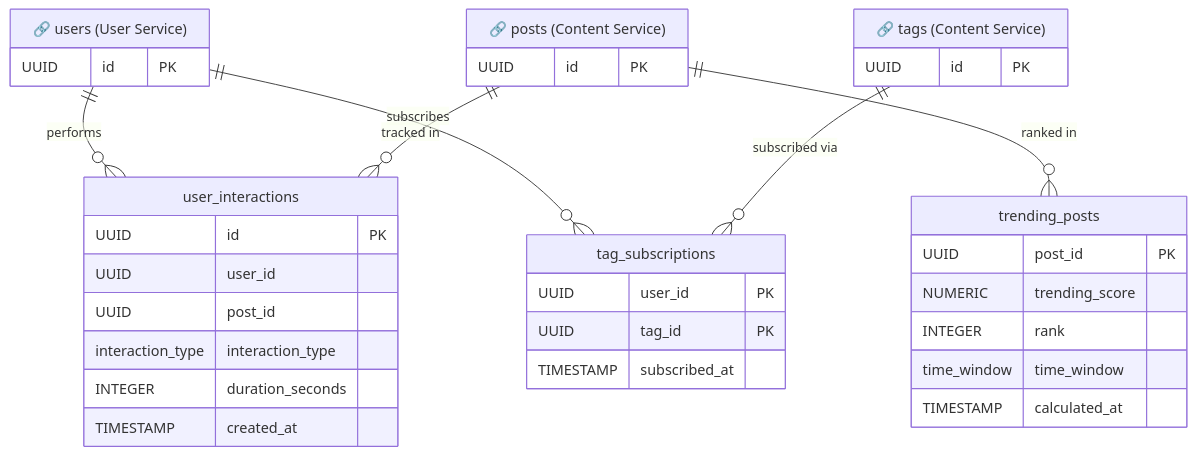
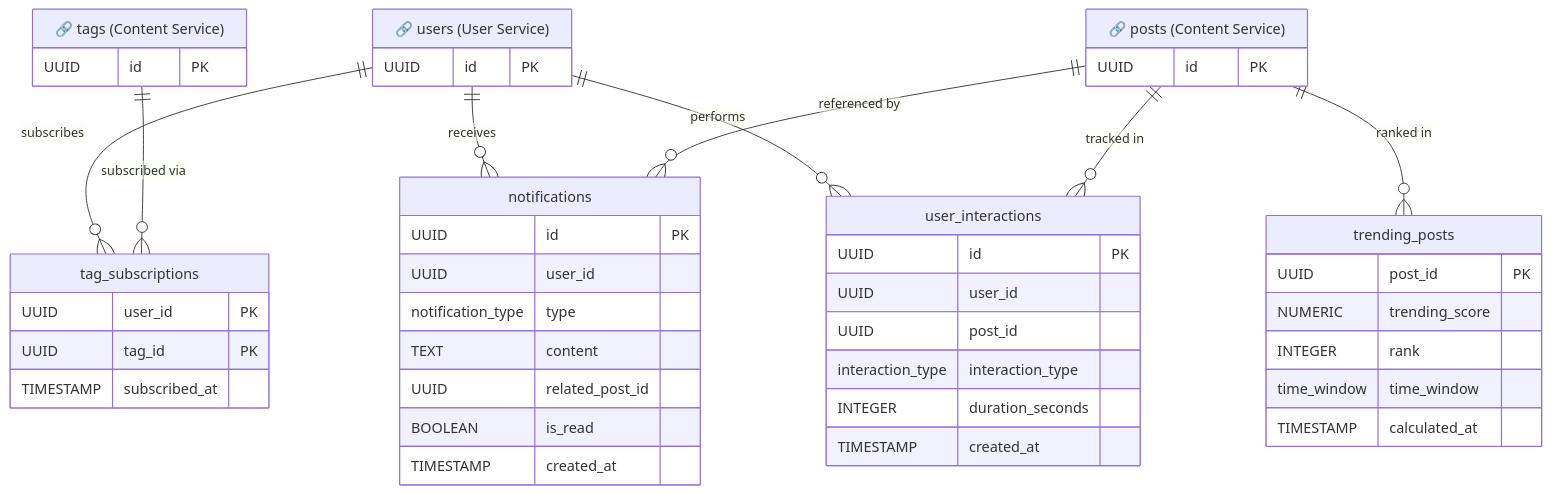
Before and after one commit to AET-DevOps26/team-colleague-md: the diagram in docs/database/recommendation_service_schema.md, drawn with Mermaid. The commit also changed other lines of this file and 2 other files, not shown here.

````diff
--- a/docs/database/recommendation_service_schema.md
+++ b/docs/database/recommendation_service_schema.md
@@ -81,43 +104,55 @@
 ```mermaid
 erDiagram
     USERS_EXT["🔗 users (User Service)"] {
         UUID id PK
     }
 
     POSTS_EXT["🔗 posts (Content Service)"] {
         UUID id PK
     }
 
     TAGS_EXT["🔗 tags (Content Service)"] {
         UUID id PK
     }
 
     user_interactions {
         UUID id PK
         UUID user_id
         UUID post_id
         interaction_type interaction_type
         INTEGER duration_seconds
         TIMESTAMP created_at
     }
 
     tag_subscriptions {
         UUID user_id PK
         UUID tag_id PK
         TIMESTAMP subscribed_at
     }
 
     trending_posts {
         UUID post_id PK
         NUMERIC trending_score
         INTEGER rank
         time_window time_window
         TIMESTAMP calculated_at
     }
 
+    notifications {
+        UUID id PK
+        UUID user_id
+        notification_type type
+        TEXT content
+        UUID related_post_id
+        BOOLEAN is_read
+        TIMESTAMP created_at
+    }
+
     USERS_EXT ||--o{ user_interactions : "performs"
     USERS_EXT ||--o{ tag_subscriptions : "subscribes"
+    USERS_EXT ||--o{ notifications : "receives"
     POSTS_EXT ||--o{ user_interactions : "tracked in"
     POSTS_EXT ||--o{ trending_posts : "ranked in"
+    POSTS_EXT ||--o{ notifications : "referenced by"
     TAGS_EXT ||--o{ tag_subscriptions : "subscribed via"
 ```
````
